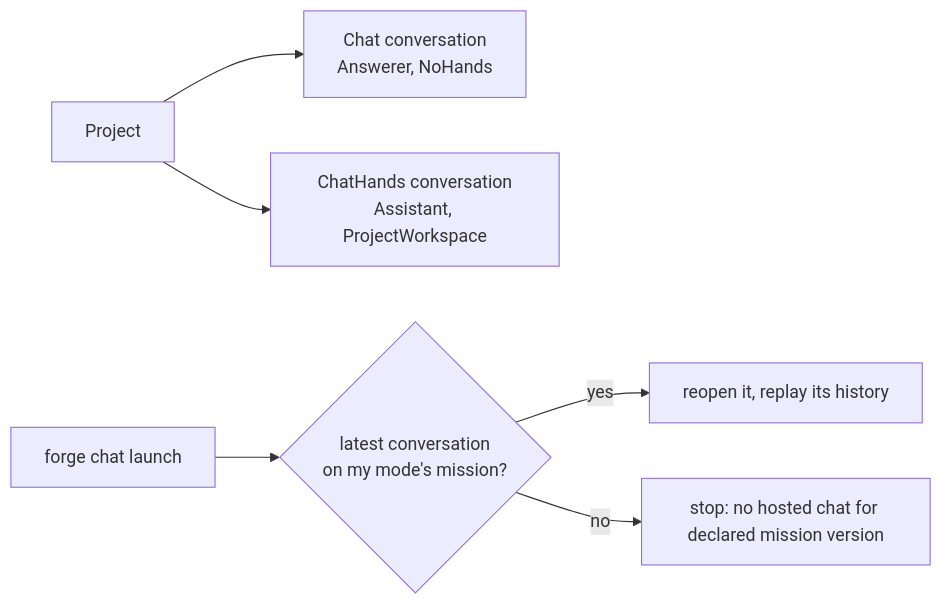
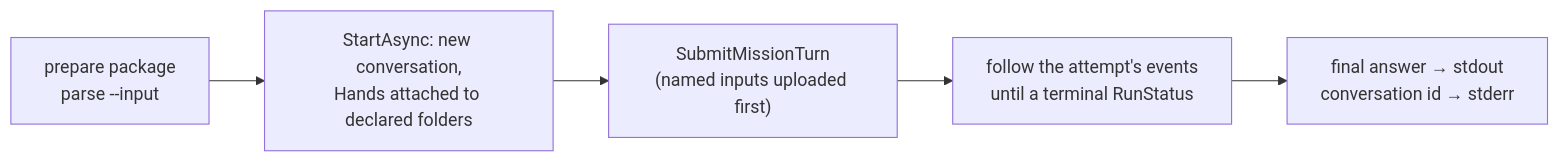
One commit to katasec/mission-control-language changed the ninth of 14 diagrams in docs/design/how-conversations-work.md. Above: the diagram before and after it, drawn with Mermaid. The commit also changed other lines of this file and 711 other files, not shown here.

````diff
--- a/docs/design/how-conversations-work.md
+++ b/docs/design/how-conversations-work.md
@@ -309,8 +305,7 @@
 ```mermaid
 flowchart LR
-  P["Project"] --> C1["Chat conversation<br/>Answerer, NoHands"]
-  P --> C2["ChatHands conversation<br/>Assistant, ProjectWorkspace"]
-  L["forge chat launch"] --> Q{"latest conversation<br/>on my mode's mission?"}
-  Q -->|"yes"| R["reopen it, replay its history"]
-  Q -->|"no"| N["stop: no hosted chat for declared mission version"]
+  P["prepare package<br/>parse --input"] --> S["StartAsync: new conversation,<br/>Hands attached to declared folders"]
+  S --> T["SubmitMissionTurn<br/>(named inputs uploaded first)"]
+  T --> F["follow the attempt's events<br/>until a terminal RunStatus"]
+  F --> O["final answer → stdout<br/>conversation id → stderr"]
 ```
````
